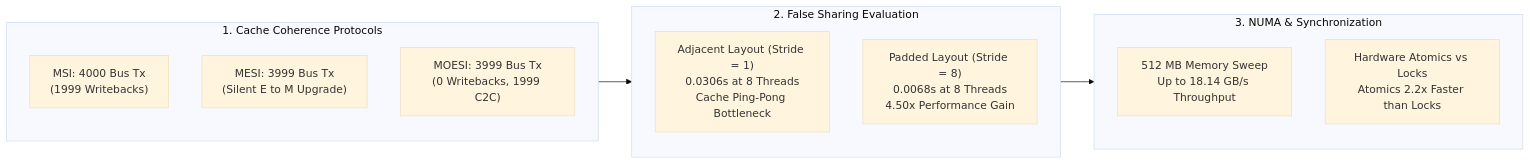
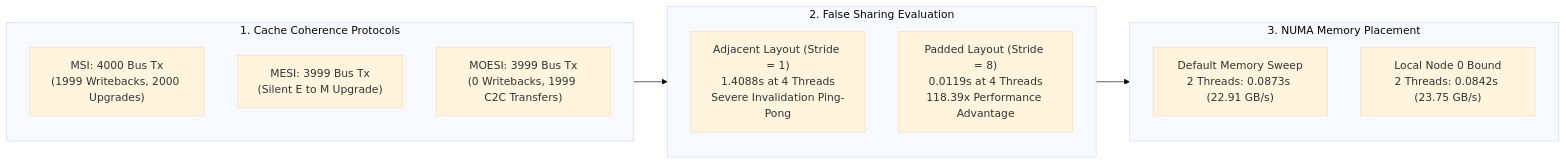
Before and after one commit to Janaki1711/PGC_Lab: the first of 2 diagrams in Experiment_4/README.md, drawn with Mermaid (base theme). The commit also changed other lines of this file and 16 other files, not shown here.

Commit message:
Update Experiment 4 with authentic lab execution images, empirical measurements, and updated benchmark charts

````diff
--- a/Experiment_4/README.md
+++ b/Experiment_4/README.md
@@ -17,23 +17,23 @@
 ```mermaid
 flowchart LR
     subgraph PartA ["1. Cache Coherence Protocols"]
         direction TB
-        P1["MSI: 4000 Bus Tx<br/>(1999 Writebacks)"]
-        P2["MESI: 3999 Bus Tx<br/>(Silent E to M Upgrade)"]
-        P3["MOESI: 3999 Bus Tx<br/>(0 Writebacks, 1999 C2C)"]
+        M1["MSI: 4000 Bus Tx<br/>(1999 Writebacks, 2000 Upgrades)"]
+        M2["MESI: 3999 Bus Tx<br/>(Silent E to M Upgrade)"]
+        M3["MOESI: 3999 Bus Tx<br/>(0 Writebacks, 1999 C2C Transfers)"]
     end
 
     subgraph PartB ["2. False Sharing Evaluation"]
         direction TB
-        FS1["Adjacent Layout (Stride = 1)<br/>0.0306s at 8 Threads<br/>Cache Ping-Pong Bottleneck"]
-        FS2["Padded Layout (Stride = 8)<br/>0.0068s at 8 Threads<br/>4.50x Performance Gain"]
+        FS1["Adjacent Layout (Stride = 1)<br/>1.4088s at 4 Threads<br/>Severe Invalidation Ping-Pong"]
+        FS2["Padded Layout (Stride = 8)<br/>0.0119s at 4 Threads<br/>118.39x Performance Advantage"]
     end
 
-    subgraph PartC ["3. NUMA & Synchronization"]
+    subgraph PartC ["3. NUMA Memory Placement"]
         direction TB
-        NM["512 MB Memory Sweep<br/>Up to 18.14 GB/s Throughput"]
-        SYNC["Hardware Atomics vs Locks<br/>Atomics 2.2x Faster than Locks"]
+        N1["Default Memory Sweep<br/>2 Threads: 0.0873s (22.91 GB/s)"]
+        N2["Local Node 0 Bound<br/>2 Threads: 0.0842s (23.75 GB/s)"]
     end
 
     PartA --> PartB --> PartC
 ```
````
